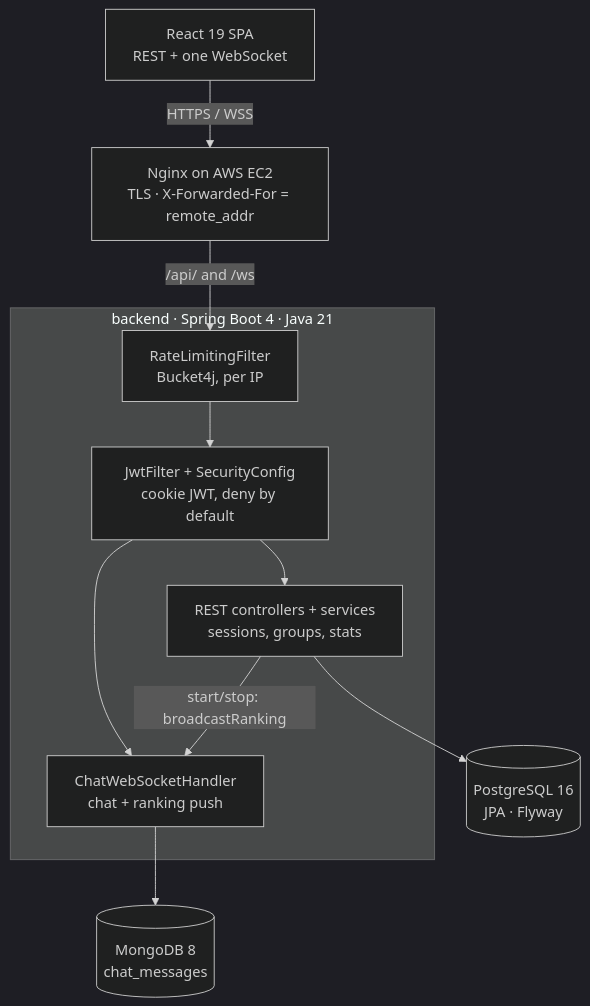
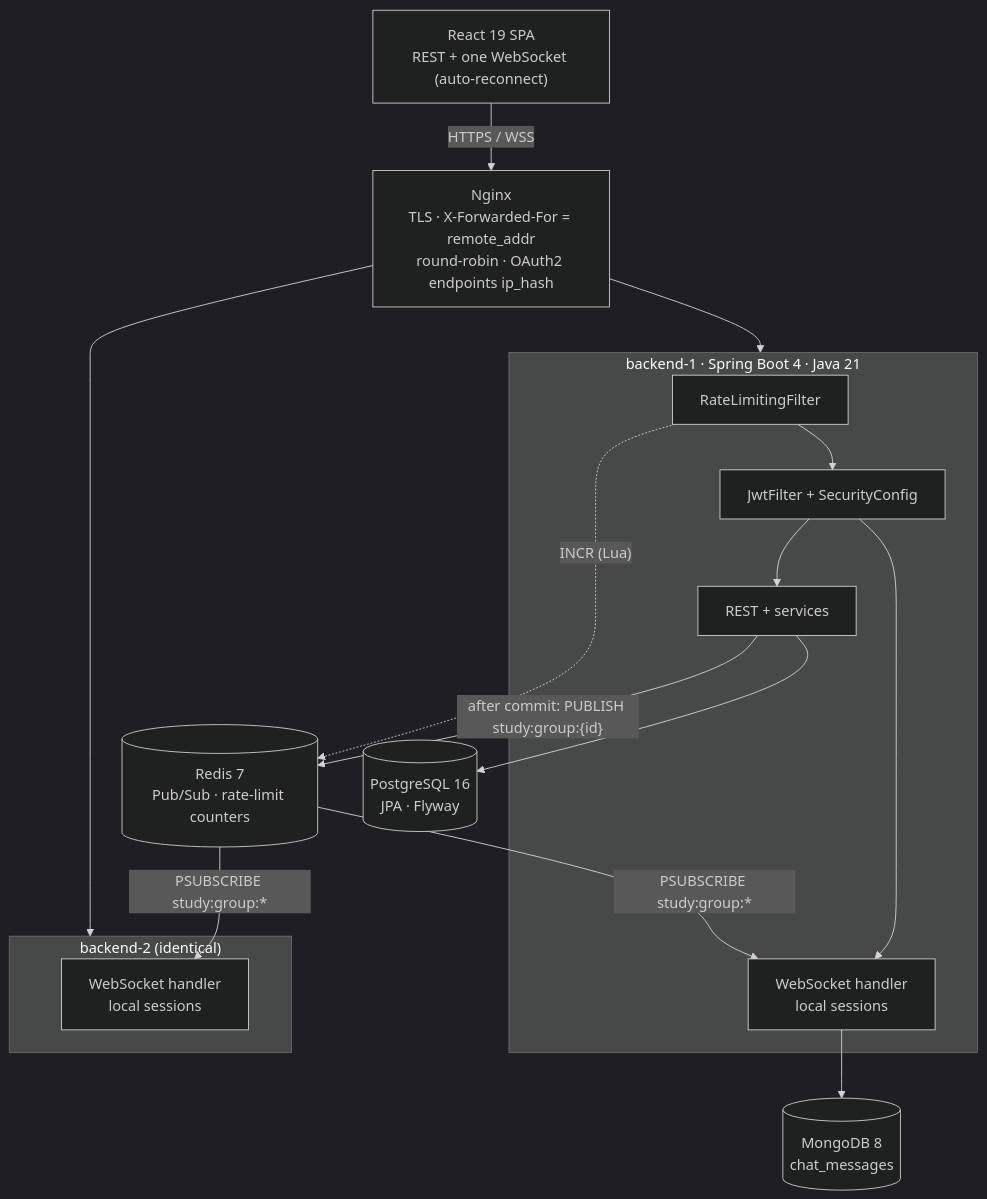
One commit to Phongasfd/study-app changed the first of 2 diagrams in README.md. Above: the diagram before and after it, drawn with Mermaid (dark theme). The commit also changed other lines of this file and 37 other files, not shown here.

Commit message:
feat: add multi-instance scaling, redis rate limiting, and CI/CD deployment workflow

````diff
--- a/README.md
+++ b/README.md
@@ -38,13 +41,18 @@
 ```mermaid
 flowchart TB
-    spa["React 19 SPA<br/>REST + one WebSocket"] -->|HTTPS / WSS| nginx["Nginx on AWS EC2<br/>TLS · X-Forwarded-For = remote_addr"]
-    nginx -->|"/api/ and /ws"| rl
-    subgraph backend["backend · Spring Boot 4 · Java 21"]
-        rl["RateLimitingFilter<br/>Bucket4j, per IP"] --> jwt["JwtFilter + SecurityConfig<br/>cookie JWT, deny by default"]
-        jwt --> rest["REST controllers + services<br/>sessions, groups, stats"]
-        jwt --> ws["ChatWebSocketHandler<br/>chat + ranking push"]
-        rest -->|"start/stop: broadcastRanking"| ws
+    spa["React 19 SPA<br/>REST + one WebSocket (auto-reconnect)"] -->|HTTPS / WSS| nginx["Nginx<br/>TLS · X-Forwarded-For = remote_addr<br/>round-robin · OAuth2 endpoints ip_hash"]
+    nginx --> b1 & b2
+    subgraph b1["backend-1 · Spring Boot 4 · Java 21"]
+        rl1["RateLimitingFilter"] --> jwt1["JwtFilter + SecurityConfig"]
+        jwt1 --> rest1["REST + services"]
+        jwt1 --> ws1["WebSocket handler<br/>local sessions"]
     end
-    rest --> pg[("PostgreSQL 16<br/>JPA · Flyway")]
-    ws --> mongo[("MongoDB 8<br/>chat_messages")]
+    subgraph b2["backend-2 (identical)"]
+        ws2["WebSocket handler<br/>local sessions"]
+    end
+    rest1 -->|"after commit: PUBLISH study:group:{id}"| redis[("Redis 7<br/>Pub/Sub · rate-limit counters")]
+    redis -->|"PSUBSCRIBE study:group:*"| ws1 & ws2
+    rl1 -.->|"INCR (Lua)"| redis
+    rest1 --> pg[("PostgreSQL 16<br/>JPA · Flyway")]
+    ws1 --> mongo[("MongoDB 8<br/>chat_messages")]
 ```
````
